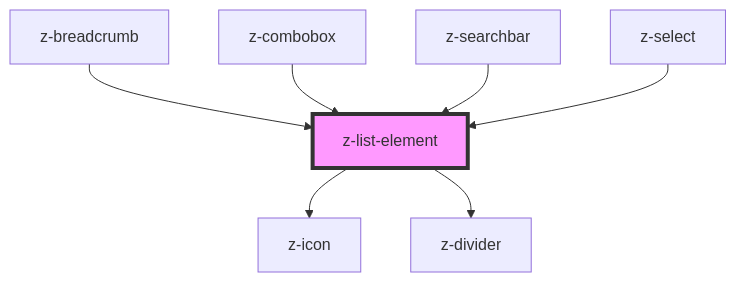
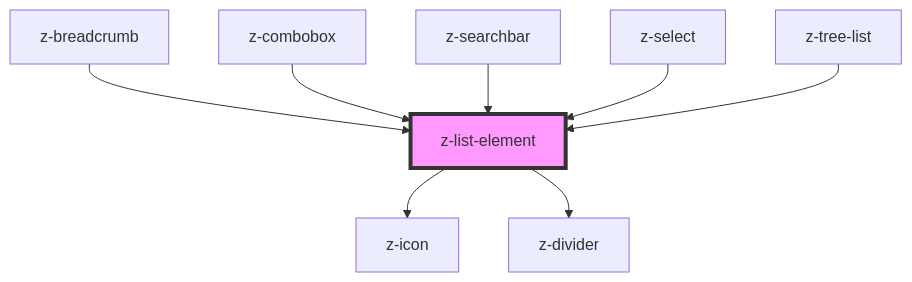
One commit to ZanichelliEditore/design-system changed the diagram in src/components/list/z-list-element/readme.md. Above: the diagram before and after it, drawn with Mermaid. The commit also changed other lines of this file and 3 other files, not shown here.

````diff
--- a/src/components/list/z-list-element/readme.md
+++ b/src/components/list/z-list-element/readme.md
@@ -59,10 +60,11 @@
 ```mermaid
 graph TD;
   z-list-element --> z-icon
   z-list-element --> z-divider
   z-breadcrumb --> z-list-element
   z-combobox --> z-list-element
   z-searchbar --> z-list-element
   z-select --> z-list-element
+  z-tree-list --> z-list-element
   style z-list-element fill:#f9f,stroke:#333,stroke-width:4px
 ```
````
